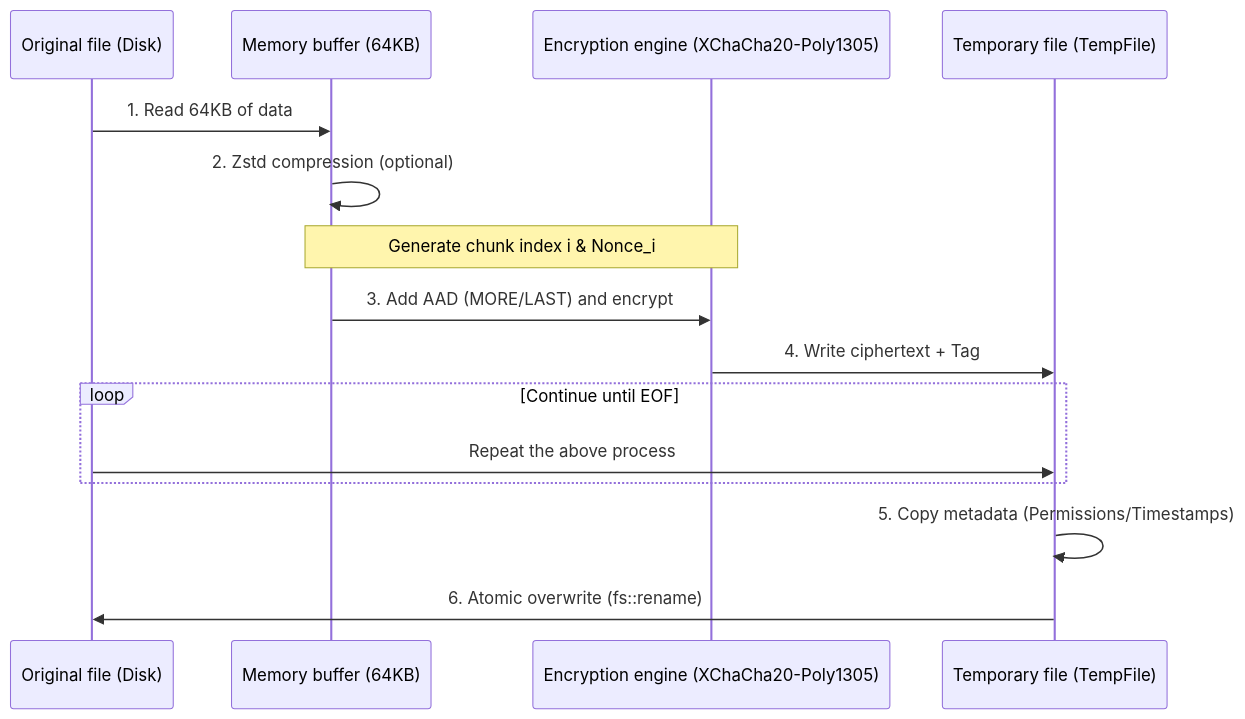
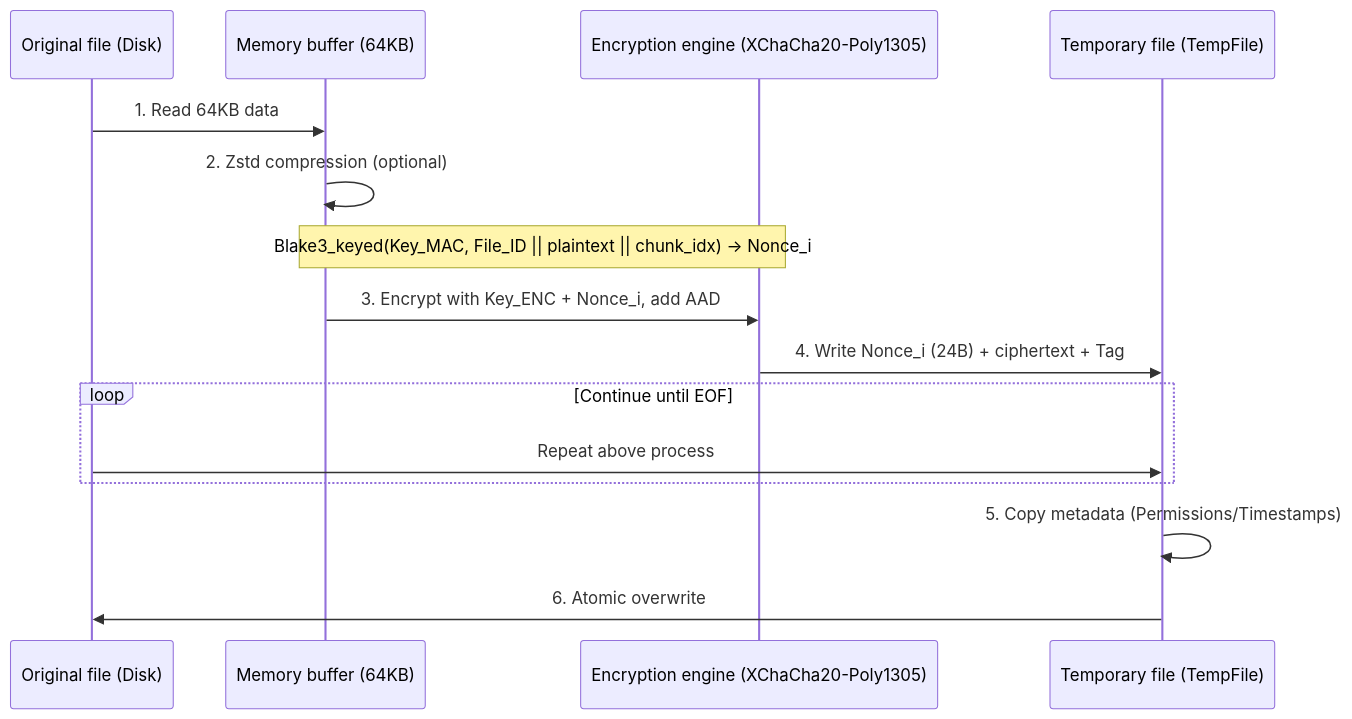
Before and after one commit to lxl66566/git-simple-encrypt: the diagram in README.md, drawn with Mermaid. The commit also changed other lines of this file and 5 other files, not shown here.

````diff
--- a/README.md
+++ b/README.md
@@ -89,18 +94,18 @@
 ```mermaid
 sequenceDiagram
     participant F as Original file (Disk)
     participant M as Memory buffer (64KB)
     participant E as Encryption engine (XChaCha20-Poly1305)
     participant T as Temporary file (TempFile)
 
-    F->>M: 1. Read 64KB of data
+    F->>M: 1. Read 64KB data
     M->>M: 2. Zstd compression (optional)
-    Note over M,E: Generate chunk index i & Nonce_i
-    M->>E: 3. Add AAD (MORE/LAST) and encrypt
-    E->>T: 4. Write ciphertext + Tag
+    Note over M,E: Blake3_keyed(Key_MAC, File_ID || plaintext || chunk_idx) → Nonce_i
+    M->>E: 3. Encrypt with Key_ENC + Nonce_i, add AAD
+    E->>T: 4. Write Nonce_i (24B) + ciphertext + Tag
     loop Continue until EOF
-        F->>T: Repeat the above process
+        F->>T: Repeat above process
     end
     T->>T: 5. Copy metadata (Permissions/Timestamps)
-    T->>F: 6. Atomic overwrite (fs::rename)
+    T->>F: 6. Atomic overwrite
 ```
````
